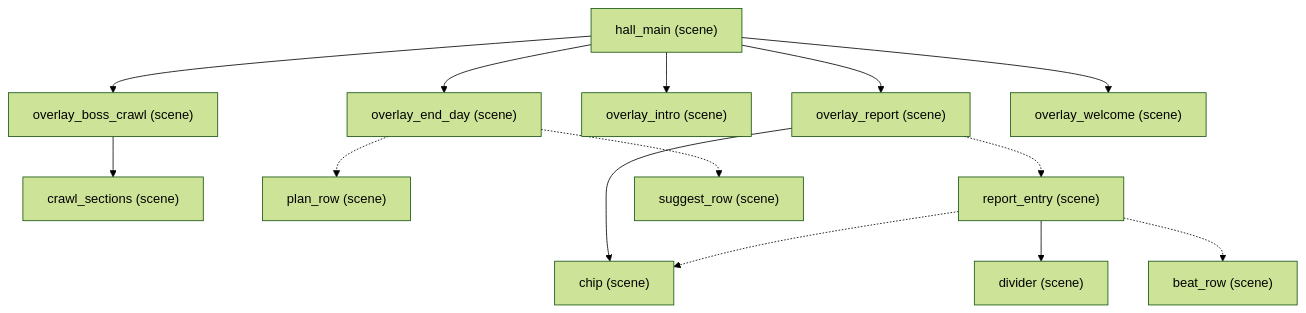
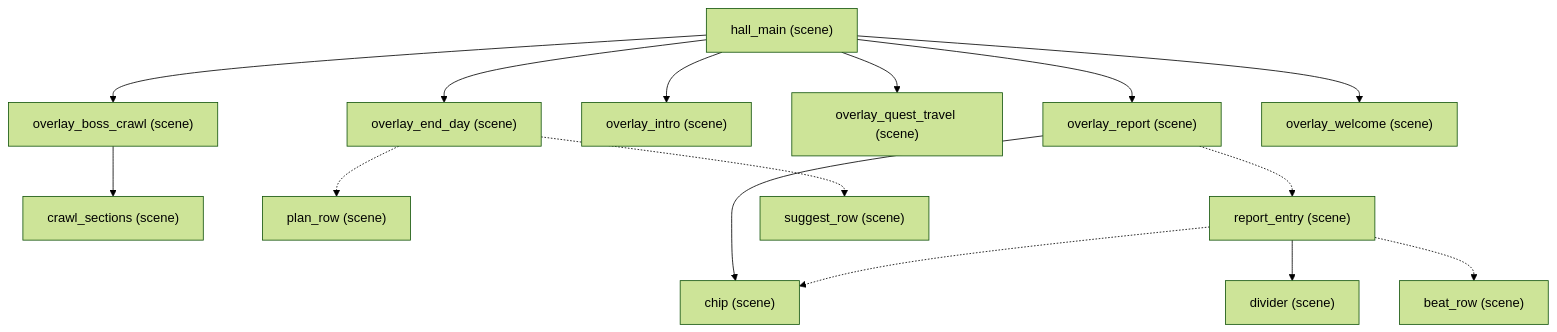
Before and after one commit to ActuallySanta/Fantasy-Guild-Manager: the sixth of 8 diagrams in Docs/vault/Home.md, drawn with Mermaid (forest theme). The commit also changed other lines of this file and 15 other files, not shown here.

````diff
--- a/Docs/vault/Home.md
+++ b/Docs/vault/Home.md
@@ -209,29 +211,31 @@
 ```mermaid
 flowchart TD
   beat_row["beat_row (scene)"]
   chip["chip (scene)"]
   crawl_sections["crawl_sections (scene)"]
   divider["divider (scene)"]
   hall_main["hall_main (scene)"]
   overlay_boss_crawl["overlay_boss_crawl (scene)"]
   overlay_end_day["overlay_end_day (scene)"]
   overlay_intro["overlay_intro (scene)"]
+  overlay_quest_travel["overlay_quest_travel (scene)"]
   overlay_report["overlay_report (scene)"]
   overlay_welcome["overlay_welcome (scene)"]
   plan_row["plan_row (scene)"]
   report_entry["report_entry (scene)"]
   suggest_row["suggest_row (scene)"]
   hall_main --> overlay_end_day
   hall_main --> overlay_report
   hall_main --> overlay_boss_crawl
+  hall_main --> overlay_quest_travel
   hall_main --> overlay_intro
   hall_main --> overlay_welcome
   overlay_end_day -.-> plan_row
   overlay_end_day -.-> suggest_row
   overlay_report --> chip
   overlay_report -.-> report_entry
   report_entry --> divider
   report_entry -.-> beat_row
   report_entry -.-> chip
   overlay_boss_crawl --> crawl_sections
 ```
````
